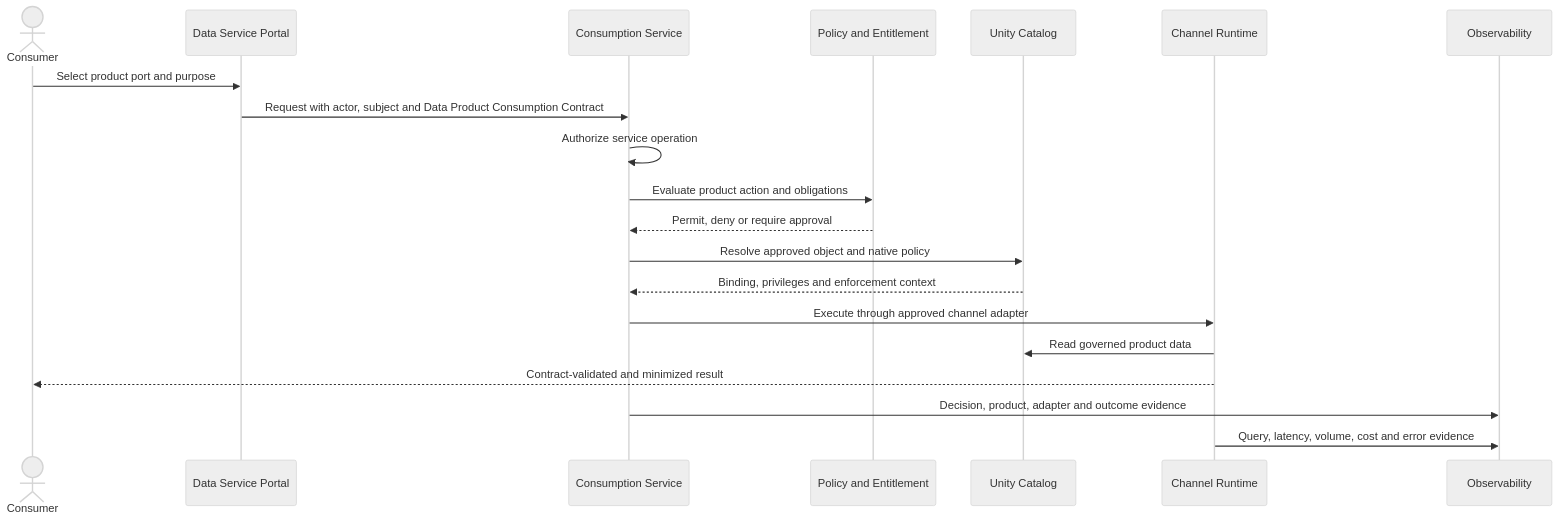
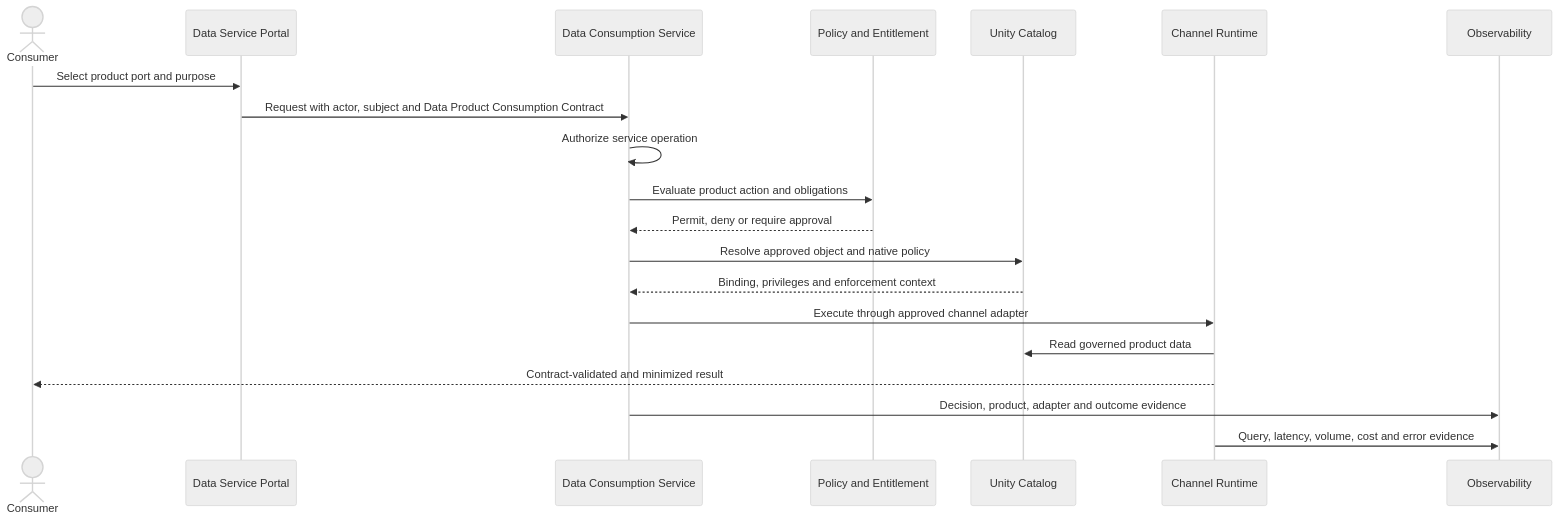
Before and after one commit to cong78/data-foundation-architecture: the second of 2 diagrams in docs/architecture/data-consumption-design.md, drawn with Mermaid (neutral theme). The commit also changed other lines of this file and 63 other files, not shown here.

Commit message:
Publish data foundation architecture v0.1.0

````diff
--- a/docs/architecture/data-consumption-design.md
+++ b/docs/architecture/data-consumption-design.md
@@ -79,23 +79,23 @@
 ```mermaid
 sequenceDiagram
     actor Consumer
     participant Portal as Data Service Portal
-    participant Access as Consumption Service
+    participant Access as Data Consumption Service
     participant Policy as Policy and Entitlement
     participant UC as Unity Catalog
     participant Runtime as Channel Runtime
     participant Observe as Observability
 
     Consumer->>Portal: Select product port and purpose
     Portal->>Access: Request with actor, subject and Data Product Consumption Contract
     Access->>Access: Authorize service operation
     Access->>Policy: Evaluate product action and obligations
     Policy-->>Access: Permit, deny or require approval
     Access->>UC: Resolve approved object and native policy
     UC-->>Access: Binding, privileges and enforcement context
     Access->>Runtime: Execute through approved channel adapter
     Runtime->>UC: Read governed product data
     Runtime-->>Consumer: Contract-validated and minimized result
     Access->>Observe: Decision, product, adapter and outcome evidence
     Runtime->>Observe: Query, latency, volume, cost and error evidence
 ```
````
